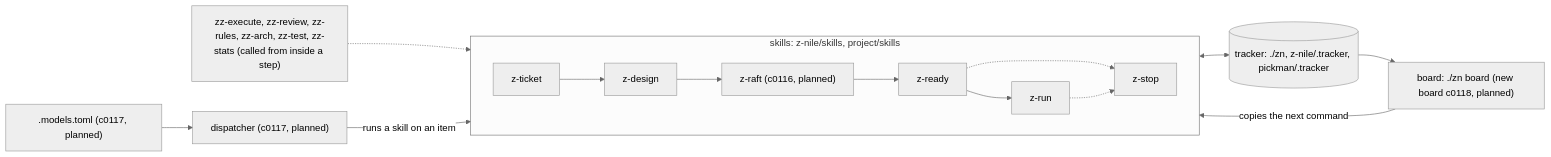
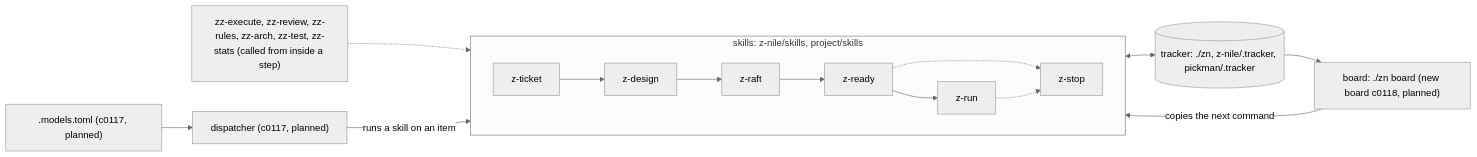
One commit to philipbergen/z-nile changed the first of 2 diagrams in z-nile/README.md. Above: the diagram before and after it, drawn with Mermaid (neutral theme). The commit also changed other lines of this file and 21 other files, not shown here.

First line of the commit message:
c0116: split rafting out of design (z-raft; raft-plan, fold, unfold, recombine, release; the grouped: record)

````diff
--- a/z-nile/README.md
+++ b/z-nile/README.md
@@ -3,19 +3,19 @@
 ```mermaid
 flowchart LR
   subgraph skills["skills: z-nile/skills, project/skills"]
     direction LR
-    zticket["z-ticket"] --> zdesign["z-design"] --> zraft["z-raft (c0116, planned)"] --> zready["z-ready"] --> zrun["z-run"]
+    zticket["z-ticket"] --> zdesign["z-design"] --> zraft["z-raft"] --> zready["z-ready"] --> zrun["z-run"]
     zready -.-> zstop["z-stop"]
     zrun -.-> zstop
   end
   steps["zz-execute, zz-review, zz-rules, zz-arch, zz-test, zz-stats (called from inside a step)"] -.-> skills
   tracker[("tracker: ./zn, z-nile/.tracker, pickman/.tracker")]
   models[".models.toml (c0117, planned)"]
   dispatcher["dispatcher (c0117, planned)"]
   board["board: ./zn board (new board c0118, planned)"]
   skills <--> tracker
   models --> dispatcher
   dispatcher -->|"runs a skill on an item"| skills
   tracker --> board
   board -->|"copies the next command"| skills
 ```
````
